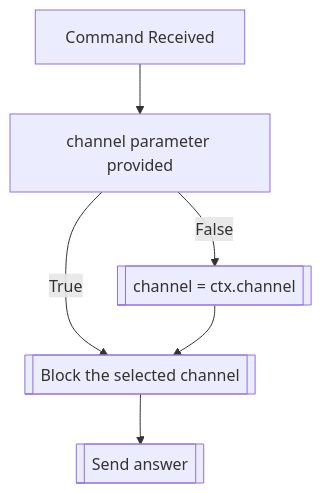
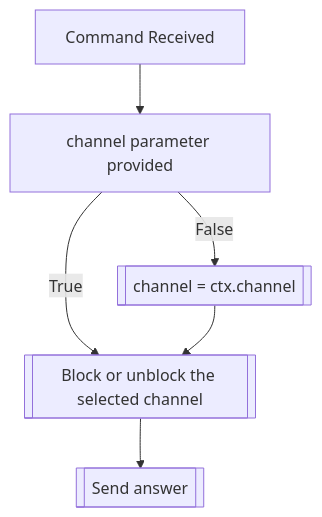
Before and after one commit to dorythecat/TransforMate: the diagram in docs/commands/block/channel.md, drawn with Mermaid. The commit also changed 3 other files, not shown here.

````diff
--- a/docs/commands/block/channel.md
+++ b/docs/commands/block/channel.md
@@ -20,8 +20,8 @@
 ```mermaid
 flowchart TD
     CommandReceived[Command Received] --> CheckChannel[channel parameter provided]
     CheckChannel --> |False| AssignChannel[[channel = ctx.channel]]
-    CheckChannel --> |True| BlockChannel[[Block the selected channel]]
+    CheckChannel --> |True| BlockChannel[[Block or unblock the selected channel]]
     AssignChannel --> BlockChannel
     BlockChannel --> SendAnswer[[Send answer]]
 ```
````
